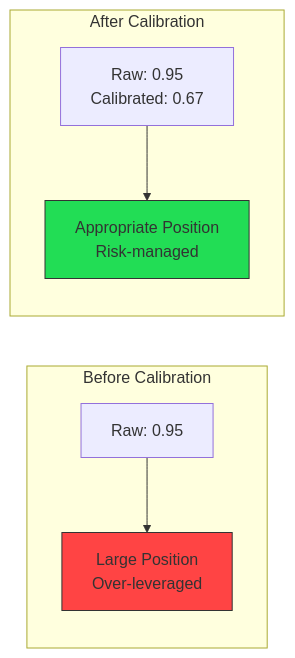
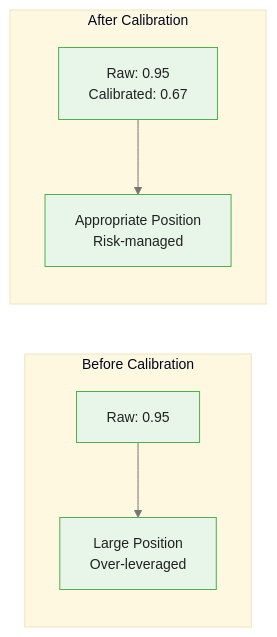
Before and after one commit to m-deane/course-creator: the fifth of 6 diagrams in courses/genai-commodities/modules/module_05_signals/guides/02_confidence_scoring_slides.md, drawn with Mermaid. The commit also changed other lines of this file and 84 other files, not shown here.

````diff
--- a/courses/genai-commodities/modules/module_05_signals/guides/02_confidence_scoring_slides.md
+++ b/courses/genai-commodities/modules/module_05_signals/guides/02_confidence_scoring_slides.md
@@ -375,13 +424,11 @@
 ```mermaid
+%%{init: {"theme": "base", "themeVariables": {"primaryColor": "#e8f5e9", "primaryBorderColor": "#4caf50", "primaryTextColor": "#212121", "secondaryColor": "#e3f2fd", "tertiaryColor": "#fff8e1", "lineColor": "#757575", "fontFamily": "Inter, sans-serif", "fontSize": "14px"}}}%%
 flowchart LR
     subgraph Before["Before Calibration"]
         A1["Raw: 0.95"] --> B1["Large Position<br/>Over-leveraged"]
     end
 
     subgraph After["After Calibration"]
         A2["Raw: 0.95<br/>Calibrated: 0.67"] --> B2["Appropriate Position<br/>Risk-managed"]
     end
-
-    style B1 fill:#f44,stroke:#333
-    style B2 fill:#2d5,stroke:#333
 ```
````
